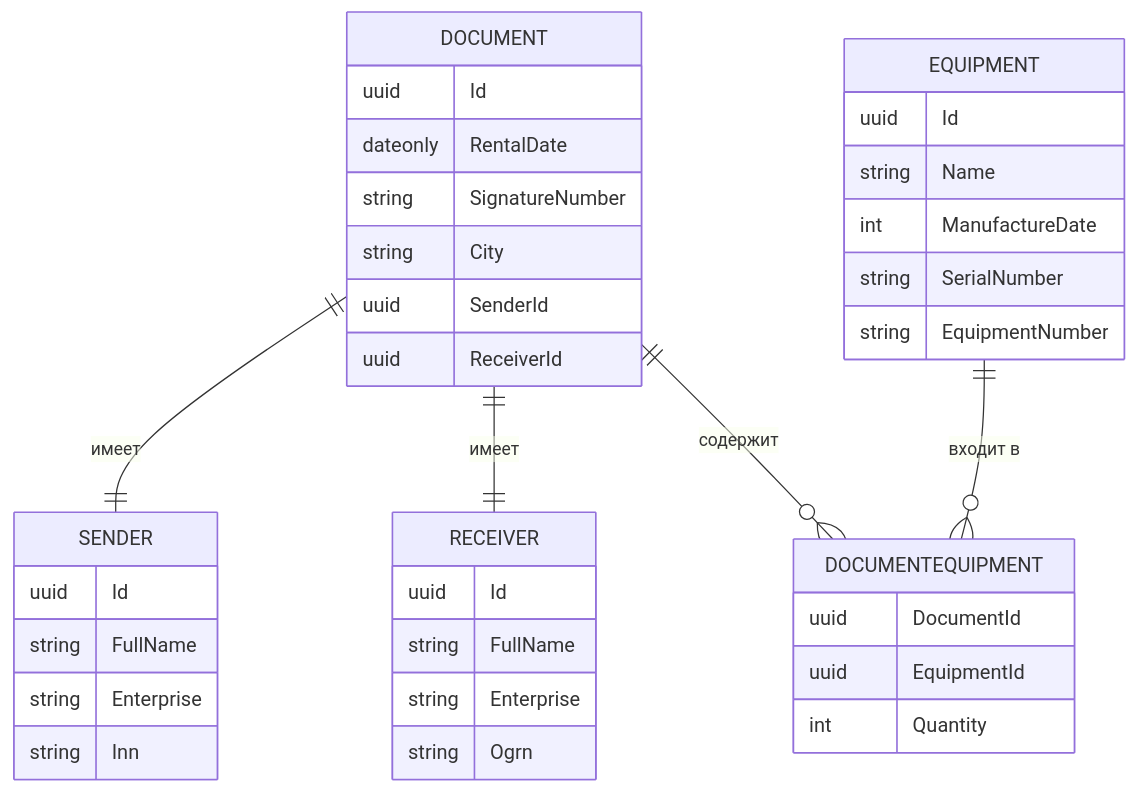
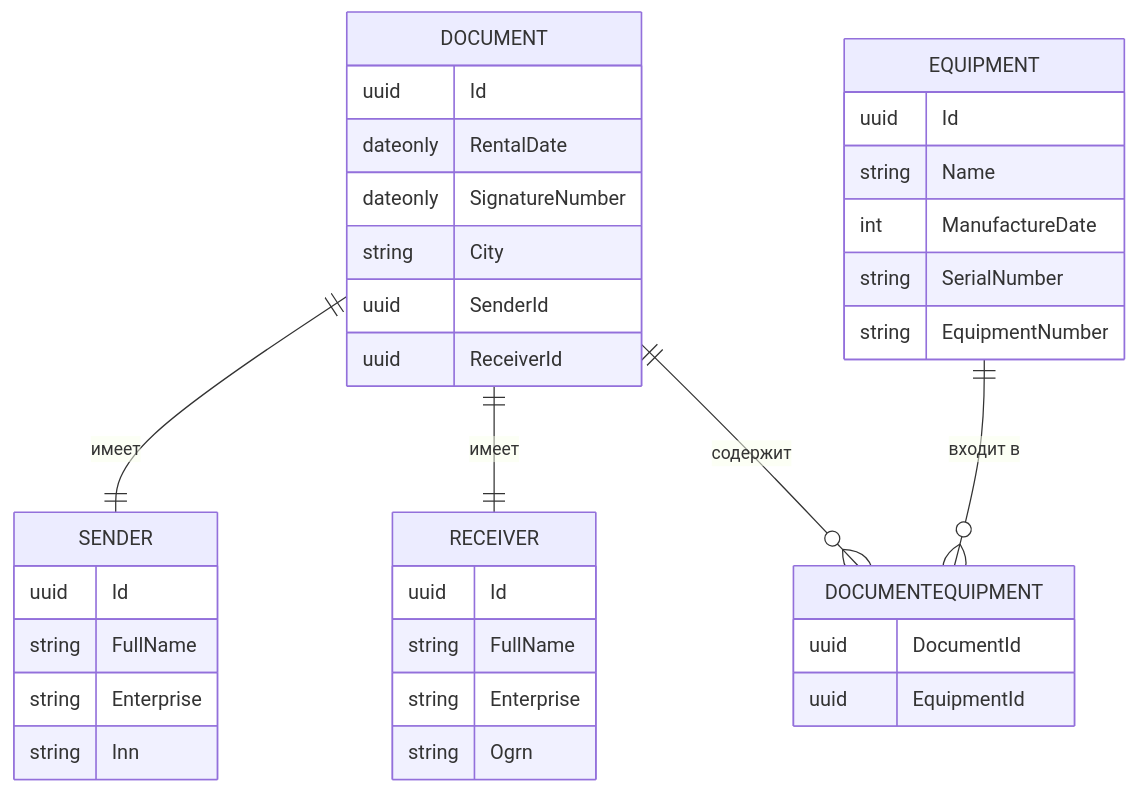
Before and after one commit to vaymanbanger/EquipHandover: the diagram in README.md, drawn with Mermaid.

````diff
--- a/README.md
+++ b/README.md
@@ -4,44 +4,43 @@
 ```mermaid
 erDiagram
     DOCUMENT {
         uuid Id
         dateonly RentalDate
-        string SignatureNumber
+        dateonly SignatureNumber
         string City
         uuid SenderId
         uuid ReceiverId
     }
     
     SENDER {
         uuid Id
         string FullName
         string Enterprise
         string Inn
     }
     
     RECEIVER {
         uuid Id
         string FullName
         string Enterprise
         string Ogrn
     }
     
     EQUIPMENT {
         uuid Id
         string Name
         int ManufactureDate
         string SerialNumber
         string EquipmentNumber
     }
     
     DOCUMENTEQUIPMENT {
         uuid DocumentId
         uuid EquipmentId
-        int Quantity
     }
     
     DOCUMENT ||--|| SENDER : "имеет"
     DOCUMENT ||--|| RECEIVER : "имеет"
     DOCUMENT ||--o{ DOCUMENTEQUIPMENT : "содержит"
     EQUIPMENT ||--o{ DOCUMENTEQUIPMENT : "входит в"
 ```
````
